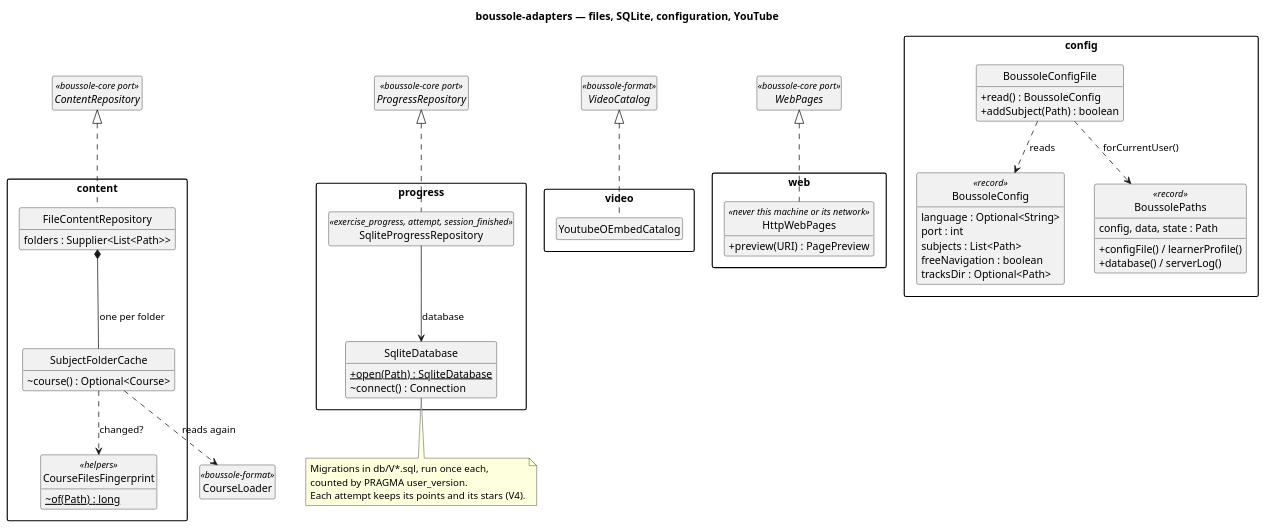
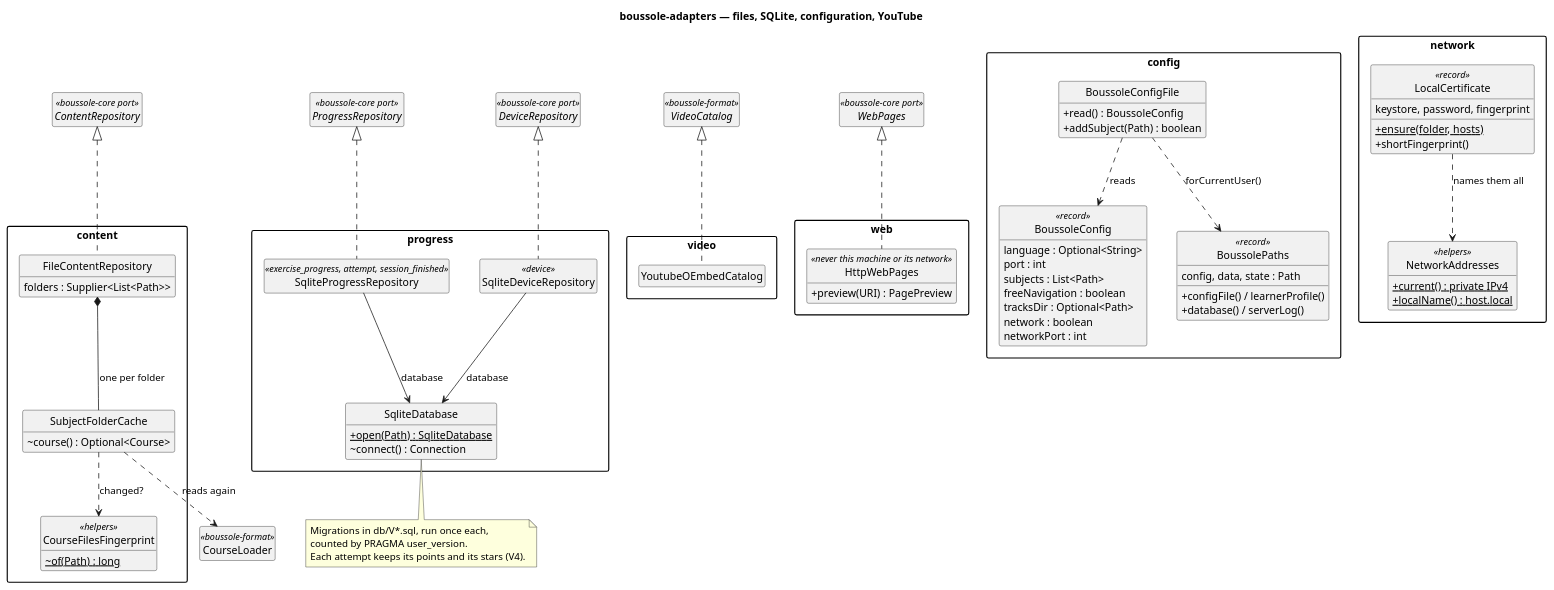
Before and after one commit to lucasssoh/Boussole: the diagram in docs/diagrams/60-adapters.puml, drawn with PlantUML. The commit also changed 91 other files, not shown here.

```diff
--- a/docs/diagrams/60-adapters.puml
+++ b/docs/diagrams/60-adapters.puml
@@ -1,81 +1,100 @@
 @startuml 60-adapters
 skinparam packageStyle rectangle
 skinparam classAttributeIconSize 0
 skinparam nodesep 40
 skinparam ranksep 50
 hide empty members
 hide circle
 title boussole-adapters — files, SQLite, configuration, YouTube
 
 package "content" {
   class FileContentRepository {
     folders : Supplier<List<Path>>
   }
   class SubjectFolderCache {
     ~course() : Optional<Course>
   }
   class CourseFilesFingerprint <<helpers>> {
     ~{static} of(Path) : long
   }
 }
 
 package "progress" {
   class SqliteProgressRepository <<exercise_progress, attempt, session_finished>>
+  class SqliteDeviceRepository <<device>>
   class SqliteDatabase {
     +{static} open(Path) : SqliteDatabase
     ~connect() : Connection
   }
 }
 
 package "config" {
   class BoussoleConfigFile {
     +read() : BoussoleConfig
     +addSubject(Path) : boolean
   }
   class BoussoleConfig <<record>> {
     language : Optional<String>
     port : int
     subjects : List<Path>
     freeNavigation : boolean
     tracksDir : Optional<Path>
+    network : boolean
+    networkPort : int
   }
   class BoussolePaths <<record>> {
     config, data, state : Path
     +configFile() / learnerProfile()
     +database() / serverLog()
+  }
+}
+
+package "network" {
+  class NetworkAddresses <<helpers>> {
+    +{static} current() : private IPv4
+    +{static} localName() : host.local
+  }
+  class LocalCertificate <<record>> {
+    keystore, password, fingerprint
+    +{static} ensure(folder, hosts)
+    +shortFingerprint()
   }
 }
 
 package "video" {
   class YoutubeOEmbedCatalog
 }
 
 package "web" {
   class HttpWebPages <<never this machine or its network>> {
     +preview(URI) : PagePreview
   }
 }
 
 interface ContentRepository <<boussole-core port>>
 interface ProgressRepository <<boussole-core port>>
+interface DeviceRepository <<boussole-core port>>
 interface VideoCatalog <<boussole-format>>
 interface WebPages <<boussole-core port>>
 class CourseLoader <<boussole-format>>
 
 ContentRepository <|.. FileContentRepository
 WebPages <|.. HttpWebPages
 FileContentRepository *-- SubjectFolderCache : one per folder
 SubjectFolderCache ..> CourseFilesFingerprint : changed?
 SubjectFolderCache ..> CourseLoader : reads again
 ProgressRepository <|.. SqliteProgressRepository
 SqliteProgressRepository --> SqliteDatabase : database
+DeviceRepository <|.. SqliteDeviceRepository
+SqliteDeviceRepository --> SqliteDatabase : database
+LocalCertificate ..> NetworkAddresses : names them all
 VideoCatalog <|.. YoutubeOEmbedCatalog
 BoussoleConfigFile ..> BoussoleConfig : reads
 BoussoleConfigFile ..> BoussolePaths : forCurrentUser()
 
 note bottom of SqliteDatabase
   Migrations in db/V*.sql, run once each,
   counted by PRAGMA user_version.
   Each attempt keeps its points and its stars (V4).
 end note
 @enduml
```
